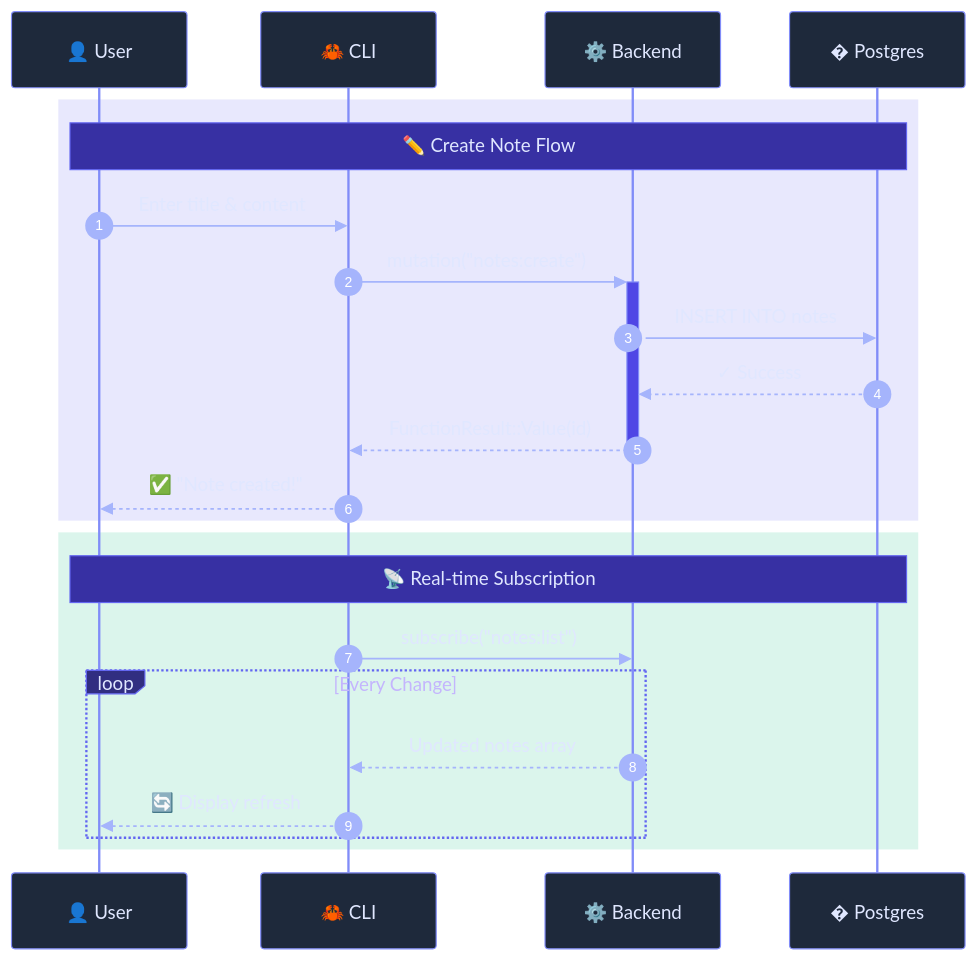
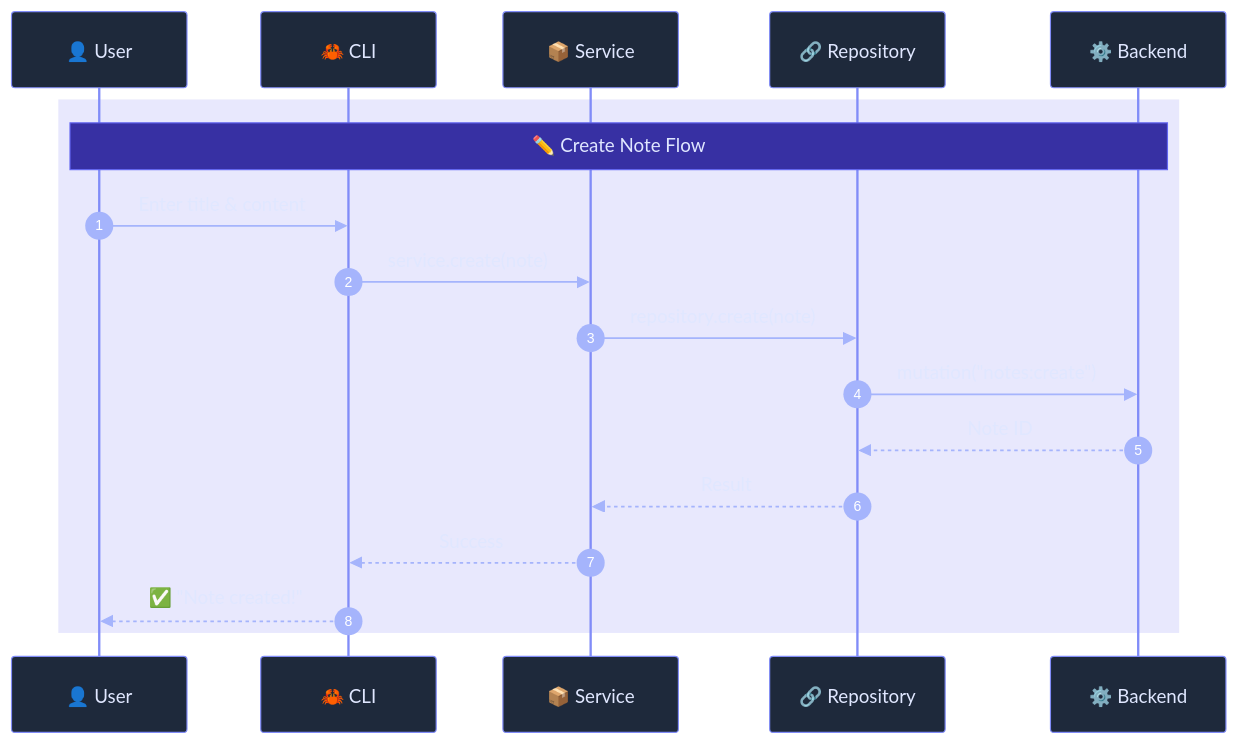
One commit to sabry-awad97/convex-notes changed the third of 5 diagrams in README.md. Above: the diagram before and after it, drawn with Mermaid. The commit also changed other lines of this file and 32 other files, not shown here.

````diff
--- a/README.md
+++ b/README.md
@@ -278,30 +290,23 @@
 ```mermaid
-%%{init: {'theme': 'base', 'themeVariables': { 'primaryColor': '#6366f1', 'actorBkg': '#1e293b', 'actorBorder': '#818cf8', 'actorTextColor': '#e0e7ff', 'signalColor': '#a5b4fc', 'signalTextColor': '#e0e7ff', 'labelBoxBkgColor': '#312e81', 'labelBoxBorderColor': '#6366f1', 'labelTextColor': '#e0e7ff', 'loopTextColor': '#c4b5fd', 'noteBkgColor': '#3730a3', 'noteTextColor': '#e0e7ff', 'noteBorderColor': '#6366f1', 'activationBkgColor': '#4f46e5', 'activationBorderColor': '#818cf8', 'sequenceNumberColor': '#fff'}}}%%
+%%{init: {'theme': 'base', 'themeVariables': { 'primaryColor': '#6366f1', 'actorBkg': '#1e293b', 'actorBorder': '#818cf8', 'actorTextColor': '#e0e7ff', 'signalColor': '#a5b4fc', 'signalTextColor': '#e0e7ff', 'noteBkgColor': '#3730a3', 'noteTextColor': '#e0e7ff', 'noteBorderColor': '#6366f1', 'activationBkgColor': '#4f46e5', 'sequenceNumberColor': '#fff'}}}%%
 
 sequenceDiagram
     autonumber
-
     participant U as 👤 User
     participant C as 🦀 CLI
+    participant S as 📦 Service
+    participant R as 🔗 Repository
     participant B as ⚙️ Backend
-    participant D as � Postgres
 
     rect rgba(99, 102, 241, 0.15)
-        Note over U,D: ✏️ Create Note Flow
+        Note over U,B: ✏️ Create Note Flow
         U->>C: Enter title & content
-        C->>+B: mutation("notes:create")
-        B->>D: INSERT INTO notes
-        D-->>B: ✓ Success
-        B-->>-C: FunctionResult::Value(id)
+        C->>S: service.create(note)
+        S->>R: repository.create(note)
+        R->>B: mutation("notes:create")
+        B-->>R: Note ID
+        R-->>S: Result
+        S-->>C: Success
         C-->>U: ✅ "Note created!"
     end
-
-    rect rgba(16, 185, 129, 0.15)
-        Note over U,D: 📡 Real-time Subscription
-        C->>B: subscribe("notes:list")
-        loop Every Change
-            B-->>C: Updated notes array
-            C-->>U: 🔄 Display refresh
-        end
-    end
 ```
````
